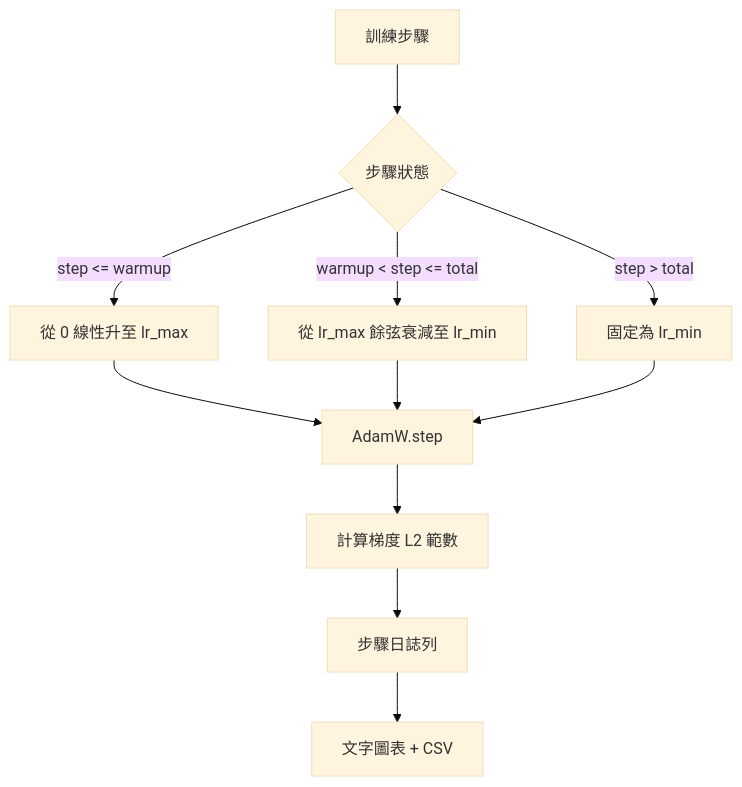
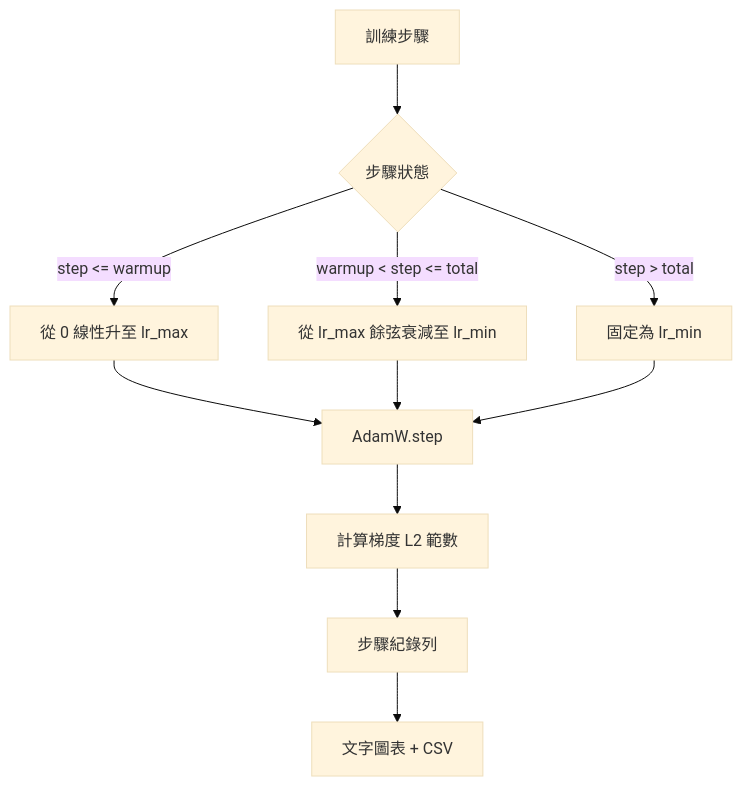
One commit to edward821220/ai-engineering-from-scratch changed the diagram in i18n/zh-TW/phases/19-capstone-projects/44-cosine-lr-warmup/docs/zh-TW.md. Above: the diagram before and after it, drawn with Mermaid (base theme). The commit also changed 1 other file, not shown here.

Commit message:
fix(i18n): zh-TW vol6 mermaid labels (44, 47)
Forbidden variants inside mermaid display text: 日誌->紀錄, 檢查點->checkpoint.

````diff
--- a/i18n/zh-TW/phases/19-capstone-projects/44-cosine-lr-warmup/docs/zh-TW.md
+++ b/i18n/zh-TW/phases/19-capstone-projects/44-cosine-lr-warmup/docs/zh-TW.md
@@ -27,13 +27,13 @@
 ```mermaid
 flowchart TD
   Step[訓練步驟] --> Branch{步驟狀態}
   Branch -- step <= warmup --> Linear[從 0 線性升至 lr_max]
   Branch -- warmup < step <= total --> Cosine[從 lr_max 餘弦衰減至 lr_min]
   Branch -- step > total --> Floor[固定為 lr_min]
   Linear --> Apply[AdamW.step]
   Cosine --> Apply
   Floor --> Apply
   Apply --> GradNorm[計算梯度 L2 範數]
-  GradNorm --> Log[步驟日誌列]
+  GradNorm --> Log[步驟紀錄列]
   Log --> Plot[文字圖表 + CSV]
 ```
````
